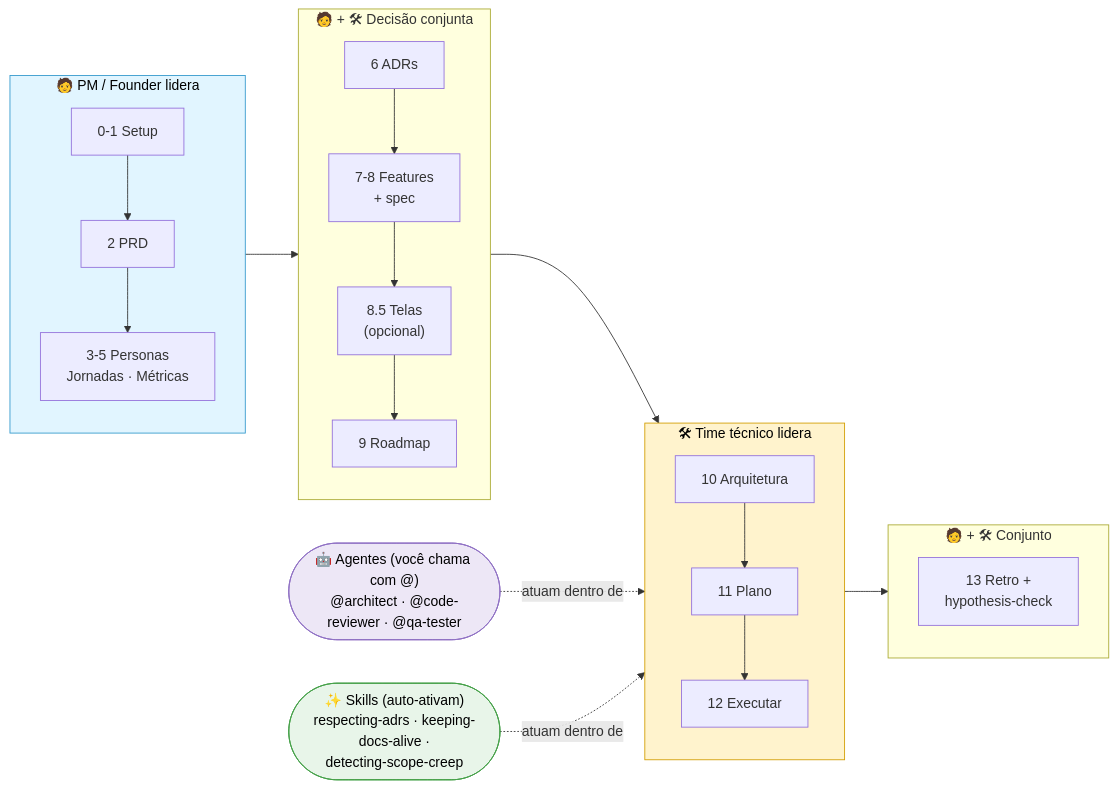
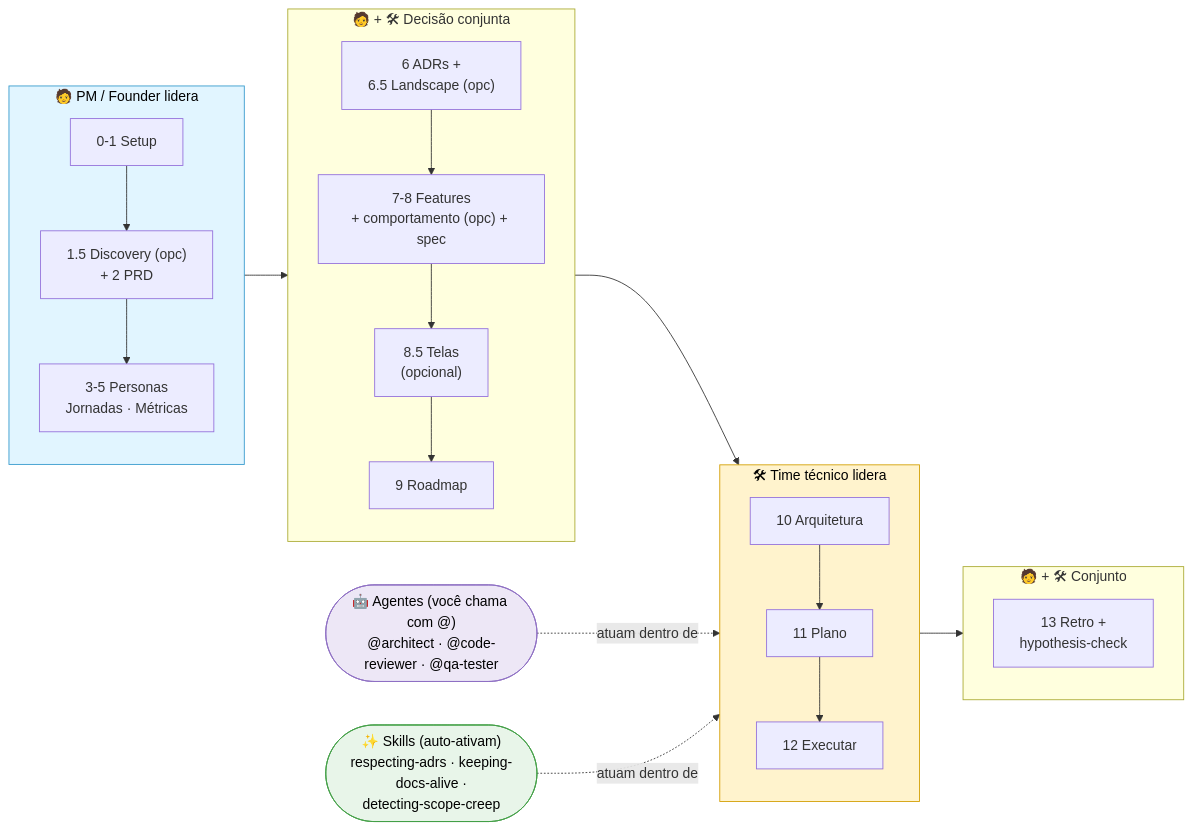
Before and after one commit to AInsteinsBR/renata: the third of 5 diagrams in GETTING-STARTED.pt-br.md, drawn with Mermaid. The commit also changed other lines of this file, not shown here.

````diff
--- a/GETTING-STARTED.pt-br.md
+++ b/GETTING-STARTED.pt-br.md
@@ -159,35 +166,35 @@
 ```mermaid
 flowchart LR
     subgraph PM["🧑 PM / Founder lidera"]
         direction TB
-        P1["0-1 Setup"] --> P2["2 PRD"] --> P3["3-5 Personas<br/>Jornadas · Métricas"]
+        P1["0-1 Setup"] --> P2["1.5 Discovery (opc)<br/>+ 2 PRD"] --> P3["3-5 Personas<br/>Jornadas · Métricas"]
     end
     subgraph JUNTO["🧑 + 🛠 Decisão conjunta"]
         direction TB
-        J1["6 ADRs"] --> J2["7-8 Features<br/>+ spec"] --> J3["8.5 Telas<br/>(opcional)"] --> J4["9 Roadmap"]
+        J1["6 ADRs +<br/>6.5 Landscape (opc)"] --> J2["7-8 Features<br/>+ comportamento (opc) + spec"] --> J3["8.5 Telas<br/>(opcional)"] --> J4["9 Roadmap"]
     end
     subgraph TECH["🛠 Time técnico lidera"]
         direction TB
         T1b["10 Arquitetura"] --> T2b["11 Plano"] --> T3b["12 Executar"]
     end
     subgraph FECHA["🧑 + 🛠 Conjunto"]
         direction TB
         F1["13 Retro +<br/>hypothesis-check"]
     end
     AG(["🤖 Agentes (você chama com @)<br/>@architect · @code-reviewer · @qa-tester"])
     SK(["✨ Skills (auto-ativam)<br/>respecting-adrs · keeping-docs-alive ·<br/>detecting-scope-creep"])
 
     PM --> JUNTO --> TECH --> FECHA
     AG -.atuam dentro de.-> TECH
     SK -.atuam dentro de.-> TECH
 
     classDef pm    fill:#e1f5ff,stroke:#3399cc,color:#000
     classDef tech  fill:#fff3cd,stroke:#d39e00,color:#000
     classDef agent fill:#ede7f6,stroke:#8e6fc4,color:#000
     classDef skill fill:#e8f5e9,stroke:#43a047,color:#000
 
     class PM pm
     class TECH tech
     class AG agent
     class SK skill
 ```
````
